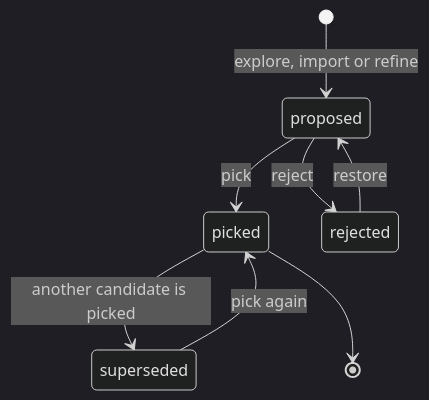
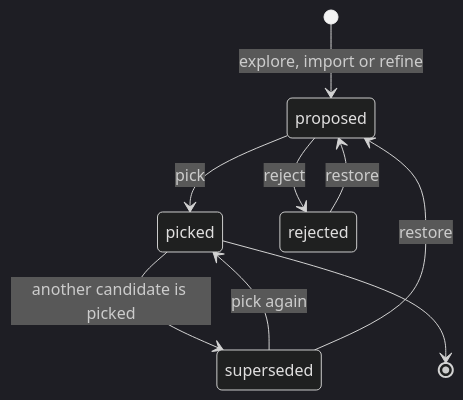
One commit to Vrooli/Vrooli changed the second of 2 diagrams in scenarios/brand-manager/docs/concepts/BRAND-ASSET-PIPELINE.md. Above: the diagram before and after it, drawn with Mermaid (dark theme). The commit also changed other lines of this file and 118 other files, not shown here.

````diff
--- a/scenarios/brand-manager/docs/concepts/BRAND-ASSET-PIPELINE.md
+++ b/scenarios/brand-manager/docs/concepts/BRAND-ASSET-PIPELINE.md
@@ -65,10 +65,11 @@
 ```mermaid
 stateDiagram-v2
   [*] --> proposed: explore, import or refine
   proposed --> picked: pick
   proposed --> rejected: reject
   rejected --> proposed: restore
   picked --> superseded: another candidate is picked
   superseded --> picked: pick again
+  superseded --> proposed: restore
   picked --> [*]
 ```
````
